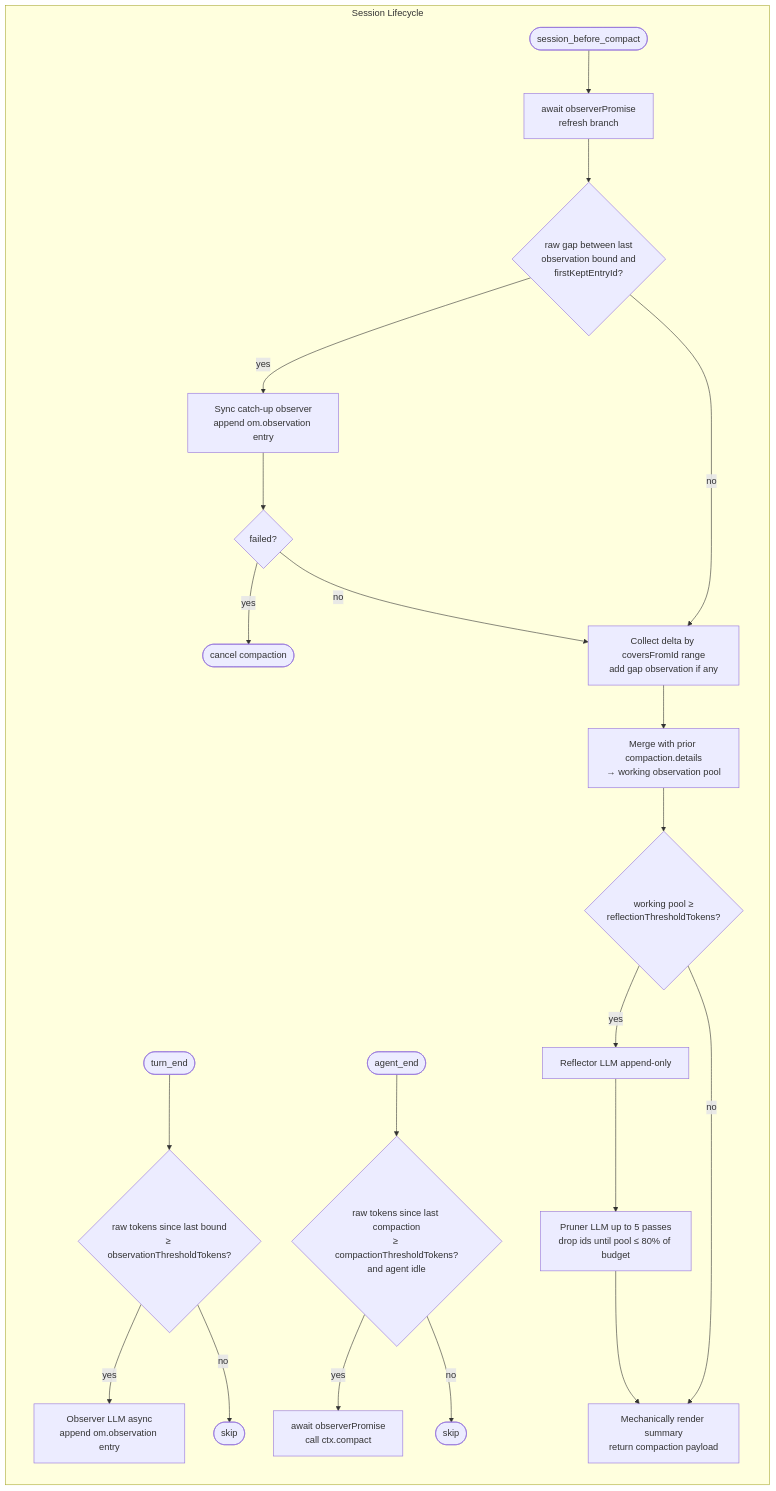
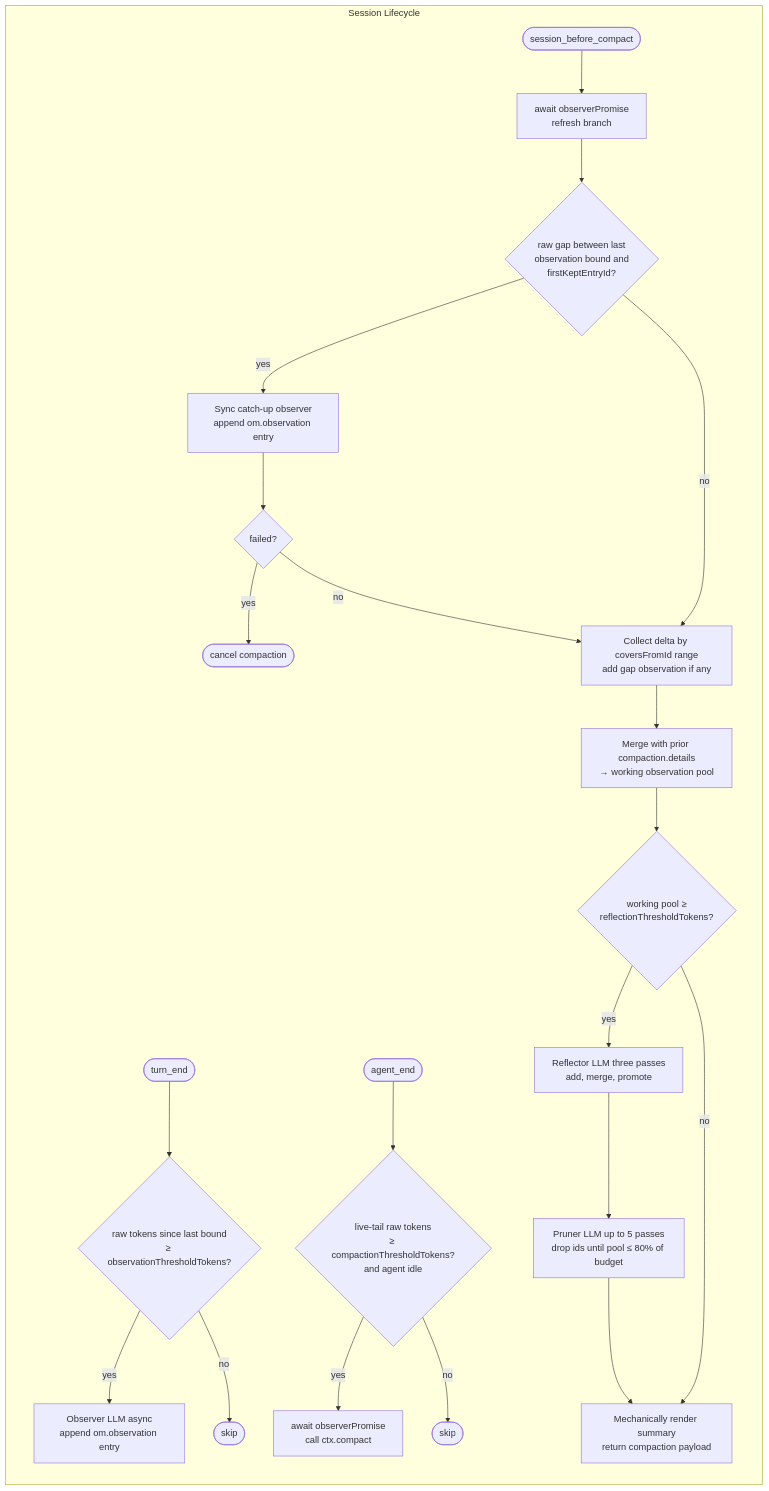
One commit to elpapi42/pi-observational-memory changed the diagram in docs/how-it-works.md. Above: the diagram before and after it, drawn with Mermaid. The commit also changed other lines of this file and 3 other files, not shown here.

````diff
--- a/docs/how-it-works.md
+++ b/docs/how-it-works.md
@@ -30,45 +30,45 @@
 ```mermaid
 flowchart TD
     subgraph Lifecycle[Session Lifecycle]
         direction TB
         TE([turn_end])
         AE([agent_end])
         SBC([session_before_compact])
 
         ObsTrigger{raw tokens since last bound<br/>≥ observationThresholdTokens?}
         ObsRun[Observer LLM async<br/>append om.observation entry]
 
-        CompTrigger{raw tokens since last compaction<br/>≥ compactionThresholdTokens?<br/>and agent idle}
+        CompTrigger{live-tail raw tokens<br/>≥ compactionThresholdTokens?<br/>and agent idle}
         CompCall[await observerPromise<br/>call ctx.compact]
 
         Await[await observerPromise<br/>refresh branch]
         Gap{raw gap between last<br/>observation bound and<br/>firstKeptEntryId?}
         GapRun[Sync catch-up observer<br/>append om.observation entry]
         GapFail{failed?}
         Cancel([cancel compaction])
 
         Delta[Collect delta by coversFromId range<br/>add gap observation if any]
         Merge[Merge with prior compaction.details<br/>→ working observation pool]
         Gate{working pool ≥<br/>reflectionThresholdTokens?}
-        Reflect[Reflector LLM append-only]
+        Reflect[Reflector LLM three passes<br/>add, merge, promote]
         Prune[Pruner LLM up to 5 passes<br/>drop ids until pool ≤ 80% of budget]
         Render[Mechanically render summary<br/>return compaction payload]
 
         TE --> ObsTrigger
         ObsTrigger -- yes --> ObsRun
         ObsTrigger -- no --> TEend([skip])
 
         AE --> CompTrigger
         CompTrigger -- yes --> CompCall
         CompTrigger -- no --> AEend([skip])
 
         SBC --> Await --> Gap
         Gap -- yes --> GapRun --> GapFail
         GapFail -- yes --> Cancel
         GapFail -- no --> Delta
         Gap -- no --> Delta
         Delta --> Merge --> Gate
         Gate -- yes --> Reflect --> Prune --> Render
         Gate -- no --> Render
     end
 ```
````
